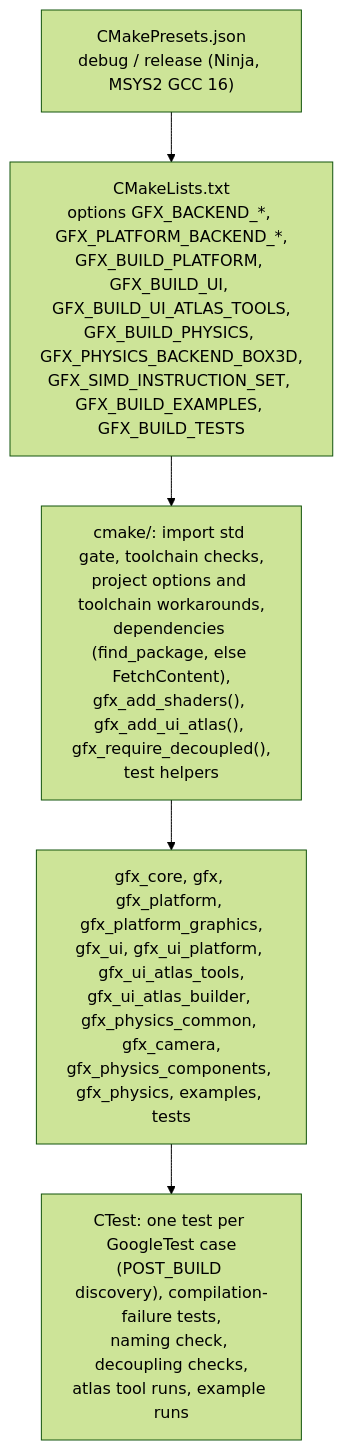
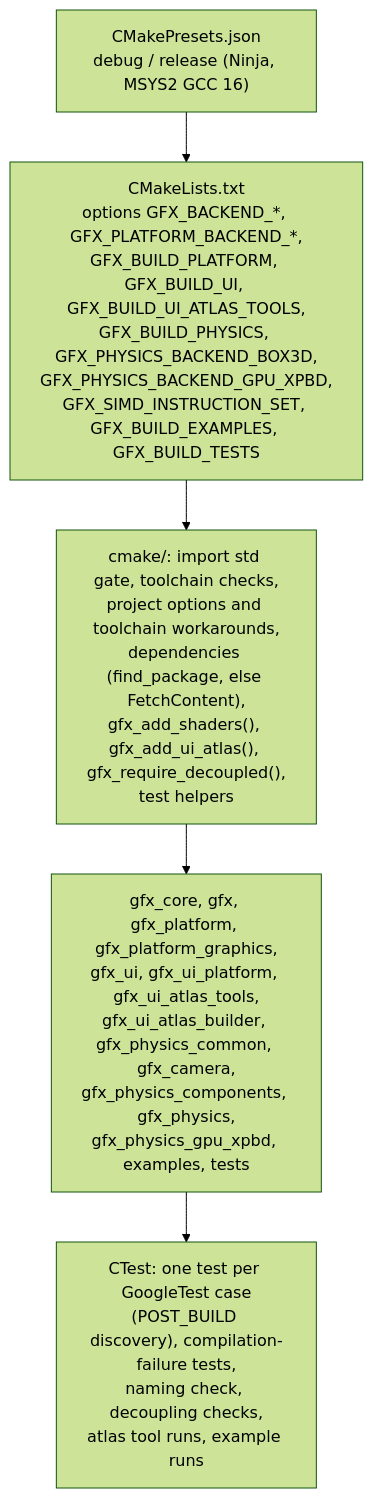
Diagram 37 of 37 in docs/architecture.md (bueno-mhc/gfx), drawn with Mermaid (forest theme) before and after one commit. The commit also changed other lines of this file and 10 other files, not shown here.

````diff
--- a/docs/architecture.md
+++ b/docs/architecture.md
@@ -1333,7 +1557,7 @@
 ```mermaid
 flowchart TB
-    presets["CMakePresets.json<br/>debug / release (Ninja, MSYS2 GCC 16)"] --> configure["CMakeLists.txt<br/>options GFX_BACKEND_*, GFX_PLATFORM_BACKEND_*,<br/>GFX_BUILD_PLATFORM, GFX_BUILD_UI, GFX_BUILD_UI_ATLAS_TOOLS,<br/>GFX_BUILD_PHYSICS, GFX_PHYSICS_BACKEND_BOX3D,<br/>GFX_SIMD_INSTRUCTION_SET, GFX_BUILD_EXAMPLES, GFX_BUILD_TESTS"]
+    presets["CMakePresets.json<br/>debug / release (Ninja, MSYS2 GCC 16)"] --> configure["CMakeLists.txt<br/>options GFX_BACKEND_*, GFX_PLATFORM_BACKEND_*,<br/>GFX_BUILD_PLATFORM, GFX_BUILD_UI, GFX_BUILD_UI_ATLAS_TOOLS,<br/>GFX_BUILD_PHYSICS, GFX_PHYSICS_BACKEND_BOX3D,<br/>GFX_PHYSICS_BACKEND_GPU_XPBD,<br/>GFX_SIMD_INSTRUCTION_SET, GFX_BUILD_EXAMPLES, GFX_BUILD_TESTS"]
     configure --> modules["cmake/: import std gate, toolchain checks,<br/>project options and toolchain workarounds,<br/>dependencies (find_package, else FetchContent),<br/>gfx_add_shaders(), gfx_add_ui_atlas(), gfx_require_decoupled(),<br/>test helpers"]
-    modules --> targets["gfx_core, gfx, gfx_platform, gfx_platform_graphics,<br/>gfx_ui, gfx_ui_platform, gfx_ui_atlas_tools,<br/>gfx_ui_atlas_builder, gfx_physics_common, gfx_camera,<br/>gfx_physics_components, gfx_physics, examples, tests"]
+    modules --> targets["gfx_core, gfx, gfx_platform, gfx_platform_graphics,<br/>gfx_ui, gfx_ui_platform, gfx_ui_atlas_tools,<br/>gfx_ui_atlas_builder, gfx_physics_common, gfx_camera,<br/>gfx_physics_components, gfx_physics,<br/>gfx_physics_gpu_xpbd, examples, tests"]
     targets --> ctest["CTest: one test per GoogleTest case<br/>(POST_BUILD discovery), compilation-failure tests,<br/>naming check, decoupling checks,<br/>atlas tool runs, example runs"]
 ```
````
